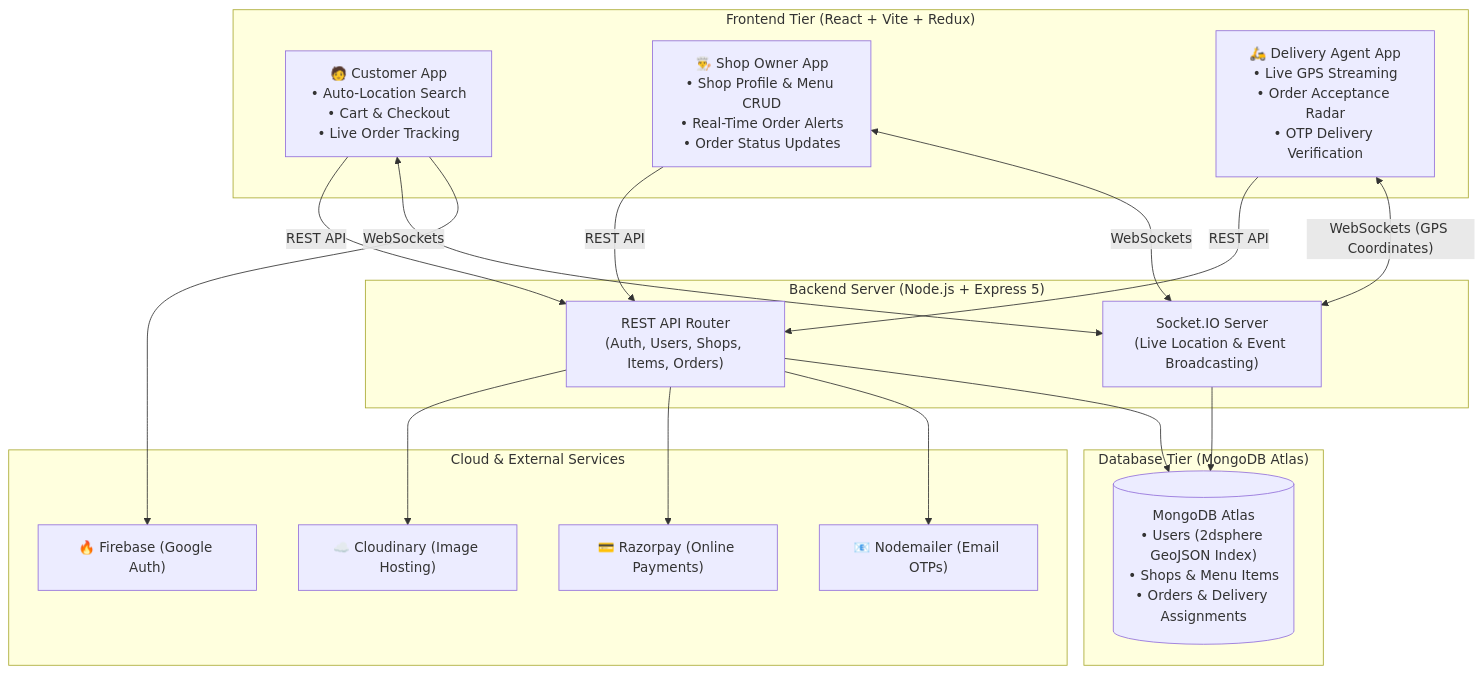
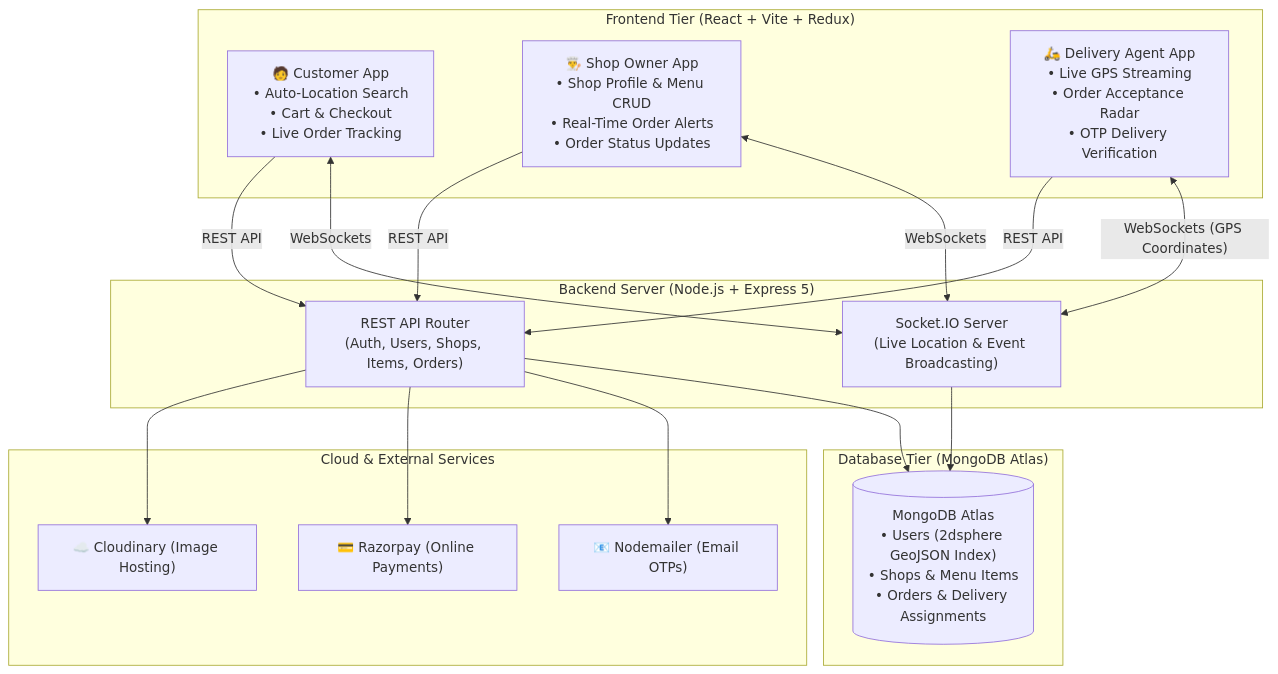
Before and after one commit to shwetang01/FoodieWe: the diagram in README.md, drawn with Mermaid. The commit also changed other lines of this file, not shown here.

Commit message:
docs: update README with streamlined setup, system architecture, and updated environment variables

````diff
--- a/README.md
+++ b/README.md
@@ -11,39 +11,37 @@
 ```mermaid
 graph TB
     subgraph Client_Tier["Frontend Tier (React + Vite + Redux)"]
         Customer["🧑 Customer App<br/>• Auto-Location Search<br/>• Cart & Checkout<br/>• Live Order Tracking"]
         Owner["👨‍🍳 Shop Owner App<br/>• Shop Profile & Menu CRUD<br/>• Real-Time Order Alerts<br/>• Order Status Updates"]
         Delivery["🛵 Delivery Agent App<br/>• Live GPS Streaming<br/>• Order Acceptance Radar<br/>• OTP Delivery Verification"]
     end
 
     subgraph Server_Tier["Backend Server (Node.js + Express 5)"]
         APIServer["REST API Router<br/>(Auth, Users, Shops, Items, Orders)"]
         SocketServer["Socket.IO Server<br/>(Live Location & Event Broadcasting)"]
     end
 
     subgraph Cloud_Tier["Cloud & External Services"]
         Cloudinary["☁️ Cloudinary (Image Hosting)"]
         Razorpay["💳 Razorpay (Online Payments)"]
         Nodemailer["📧 Nodemailer (Email OTPs)"]
-        Firebase["🔥 Firebase (Google Auth)"]
     end
 
     subgraph Data_Tier["Database Tier (MongoDB Atlas)"]
         MongoDB[("MongoDB Atlas<br/>• Users (2dsphere GeoJSON Index)<br/>• Shops & Menu Items<br/>• Orders & Delivery Assignments")]
     end
 
     Customer -->|"REST API"| APIServer
     Owner -->|"REST API"| APIServer
     Delivery -->|"REST API"| APIServer
 
     Customer <-->|"WebSockets"| SocketServer
     Owner <-->|"WebSockets"| SocketServer
     Delivery <-->|"WebSockets (GPS Coordinates)"| SocketServer
 
     APIServer --> Cloudinary
     APIServer --> Razorpay
     APIServer --> Nodemailer
     APIServer --> MongoDB
     SocketServer --> MongoDB
-    Customer --> Firebase
 ```
````
